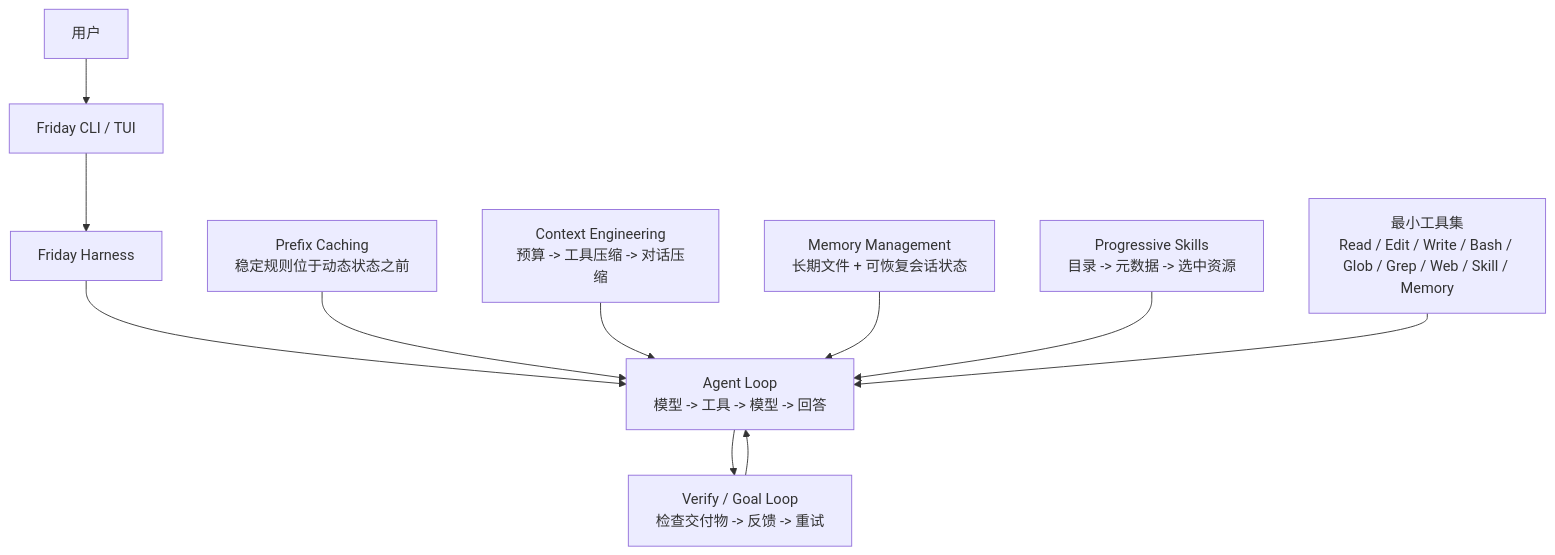
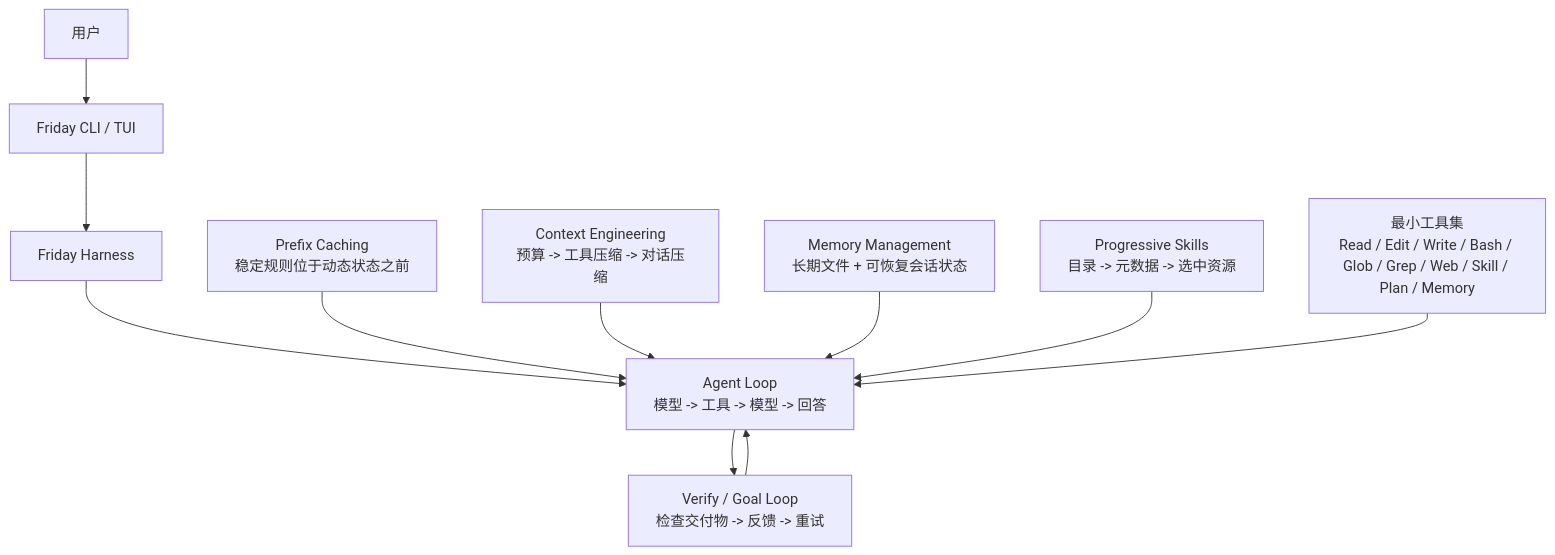
The diagram in README.zh-CN.md (Lancetwang/friday), drawn with Mermaid before and after one commit. The commit also changed other lines of this file and 20 other files, not shown here.

````diff
--- a/README.zh-CN.md
+++ b/README.zh-CN.md
@@ -42,15 +45,15 @@
 ```mermaid
 flowchart TD
     User["用户"] --> Surface["Friday CLI / TUI"]
     Surface --> Harness["Friday Harness"]
 
     Harness --> AgentLoop["Agent Loop<br/>模型 -> 工具 -> 模型 -> 回答"]
     AgentLoop --> OuterLoop["Verify / Goal Loop<br/>检查交付物 -> 反馈 -> 重试"]
     OuterLoop --> AgentLoop
 
     Prefix["Prefix Caching<br/>稳定规则位于动态状态之前"] --> AgentLoop
     Context["Context Engineering<br/>预算 -> 工具压缩 -> 对话压缩"] --> AgentLoop
     Memory["Memory Management<br/>长期文件 + 可恢复会话状态"] --> AgentLoop
     Skills["Progressive Skills<br/>目录 -> 元数据 -> 选中资源"] --> AgentLoop
-    Tools["最小工具集<br/>Read / Edit / Write / Bash / Glob / Grep / Web / Skill / Memory"] --> AgentLoop
+    Tools["最小工具集<br/>Read / Edit / Write / Bash / Glob / Grep / Web / Skill / Plan / Memory"] --> AgentLoop
 ```
````
